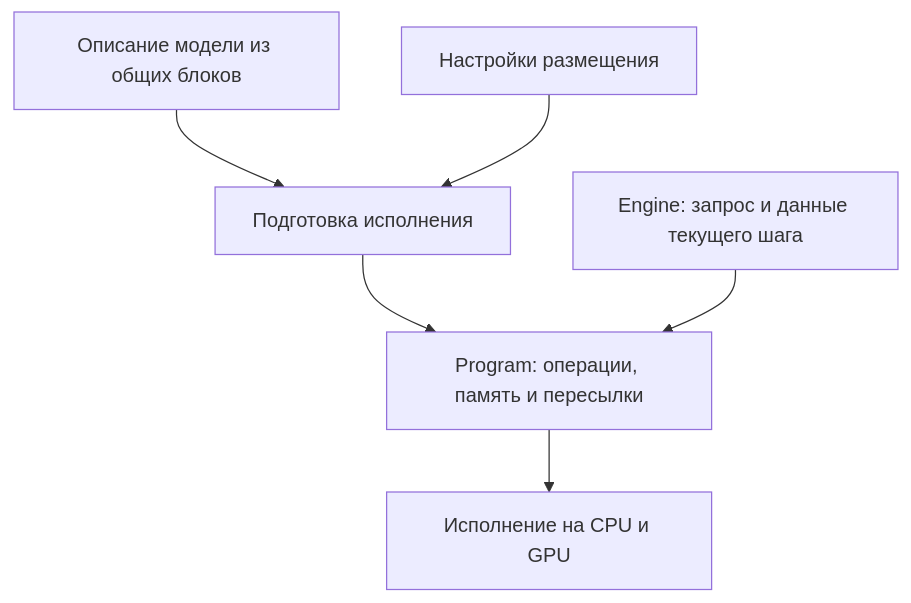
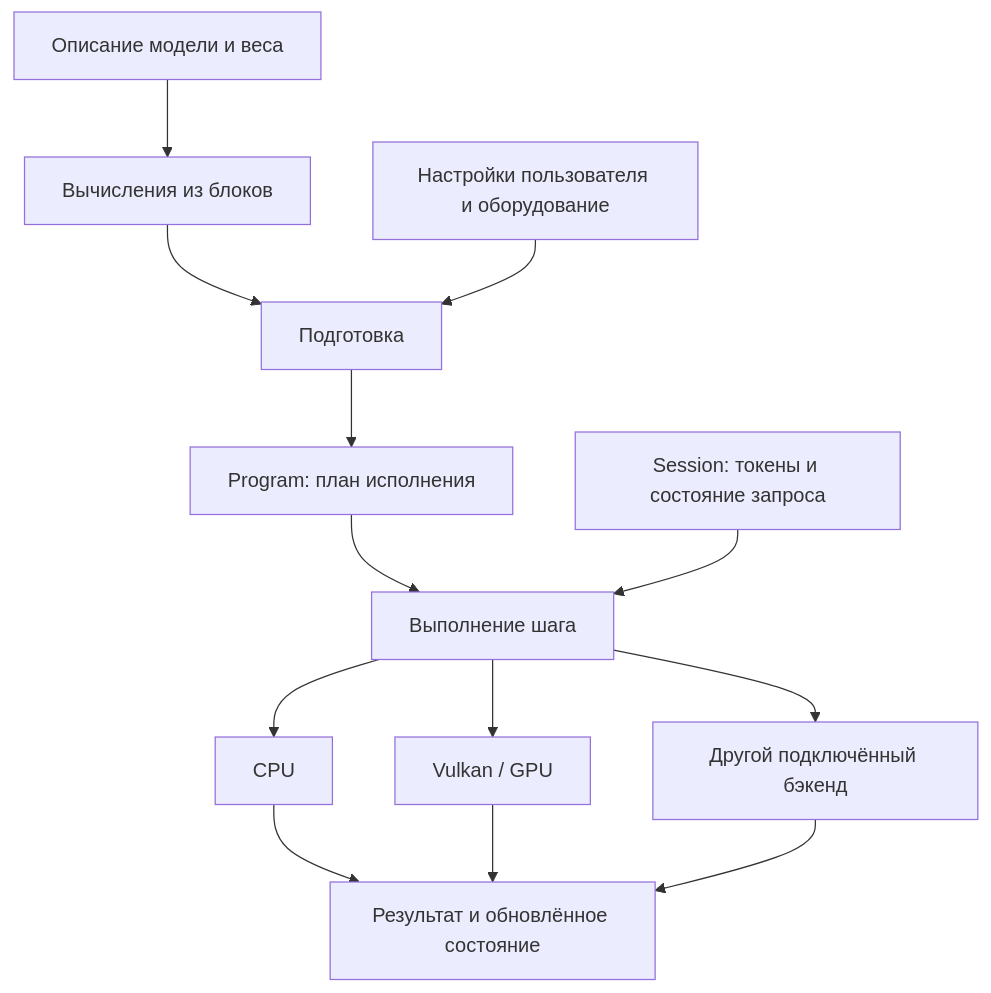
The diagram in docs/RU/architecture.md (lumen-inference/lumen-rs), drawn with Mermaid before and after one commit. The commit also changed other lines of this file and 60 other files, not shown here.

````diff
--- a/docs/RU/architecture.md
+++ b/docs/RU/architecture.md
@@ -23,8 +23,15 @@
 ```mermaid
 flowchart TD
-    A[Описание модели из общих блоков] --> C[Подготовка исполнения]
-    B[Настройки размещения] --> C
-    C --> D[Program: операции, память и пересылки]
-    E[Engine: запрос и данные текущего шага] --> D
-    D --> F[Исполнение на CPU и GPU]
+    A[Описание модели и веса] --> B[Вычисления из блоков]
+    B --> C[Подготовка]
+    D[Настройки пользователя и оборудование] --> C
+    C --> E[Program: план исполнения]
+    E --> F[Выполнение шага]
+    S[Session: токены и состояние запроса] --> F
+    F --> G[CPU]
+    F --> H[Vulkan / GPU]
+    F --> I[Другой подключённый бэкенд]
+    G --> R[Результат и обновлённое состояние]
+    H --> R
+    I --> R
 ```
````
